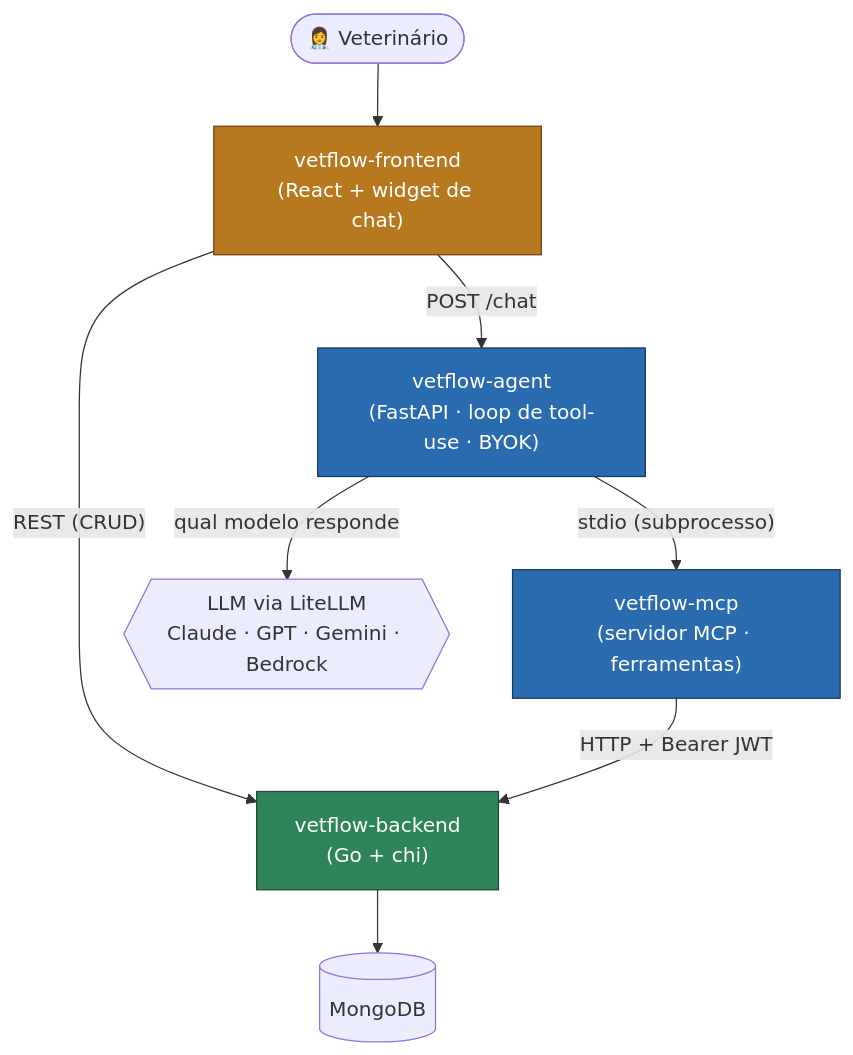
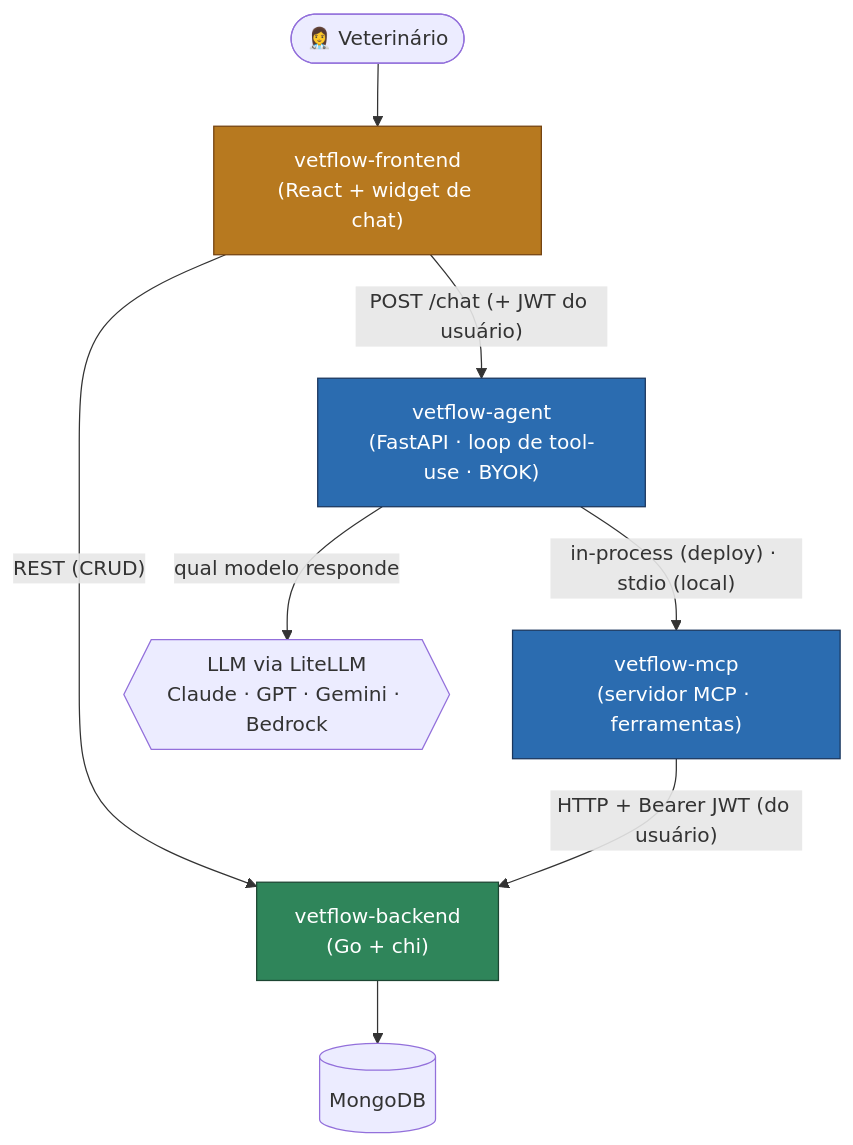
Before and after one commit to IannCarvalho/vetflow: the diagram in README.md, drawn with Mermaid. The commit also changed other lines of this file and 1 other file, not shown here.

First line of the commit message:
docs: adiciona ARCHITECTURE.md e alinha README com o estado atual (#2)

````diff
--- a/README.md
+++ b/README.md
@@ -24,25 +24,25 @@
 ```mermaid
 flowchart TD
     user([👩‍⚕️ Veterinário])
     fe["vetflow-frontend<br/>(React + widget de chat)"]
     agent["vetflow-agent<br/>(FastAPI · loop de tool-use · BYOK)"]
     mcp["vetflow-mcp<br/>(servidor MCP · ferramentas)"]
     be["vetflow-backend<br/>(Go + chi)"]
     db[("MongoDB")]
     llm{{"LLM via LiteLLM<br/>Claude · GPT · Gemini · Bedrock"}}
 
     user --> fe
     fe -- "REST (CRUD)" --> be
-    fe -- "POST /chat" --> agent
+    fe -- "POST /chat (+ JWT do usuário)" --> agent
     agent -- "qual modelo responde" --> llm
-    agent -- "stdio (subprocesso)" --> mcp
-    mcp -- "HTTP + Bearer JWT" --> be
+    agent -- "in-process (deploy) · stdio (local)" --> mcp
+    mcp -- "HTTP + Bearer JWT (do usuário)" --> be
     be --> db
 
     classDef py fill:#2b6cb0,stroke:#1a365d,color:#fff;
     classDef go fill:#2f855a,stroke:#1c4532,color:#fff;
     classDef js fill:#b7791f,stroke:#744210,color:#fff;
     class agent,mcp py;
     class be go;
     class fe js;
 ```
````
